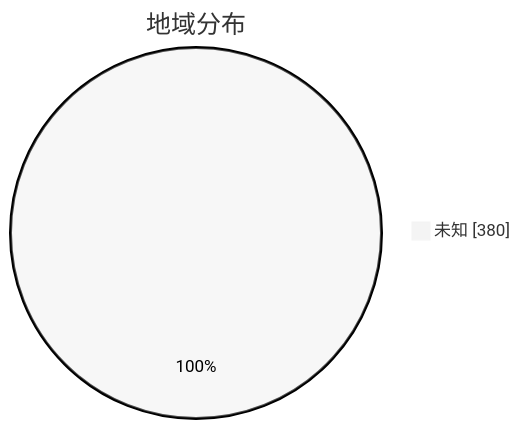
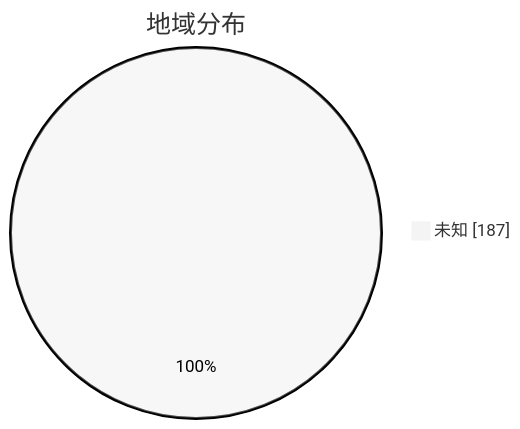
One commit to qjlxg/airport changed the second of 3 diagrams in subs/statistics/tested_within.md. Above: the diagram before and after it, drawn with Mermaid (neutral theme). The commit also changed other lines of this file and 2 other files, not shown here.

````diff
--- a/subs/statistics/tested_within.md
+++ b/subs/statistics/tested_within.md
@@ -14,5 +12,5 @@
 ```mermaid
 pie showData
 title 地域分布
-"未知" : 380
+"未知" : 187
 ```
````
